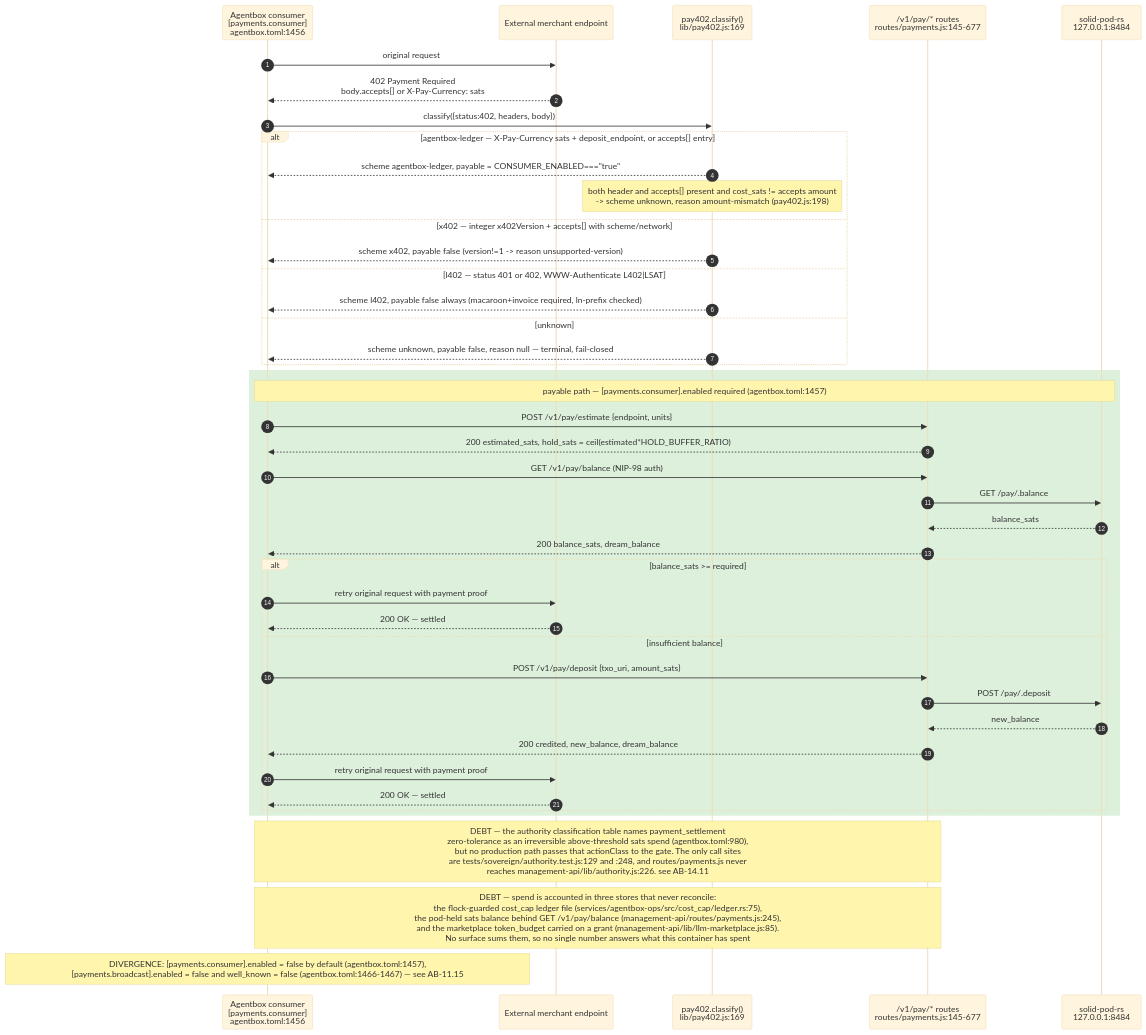
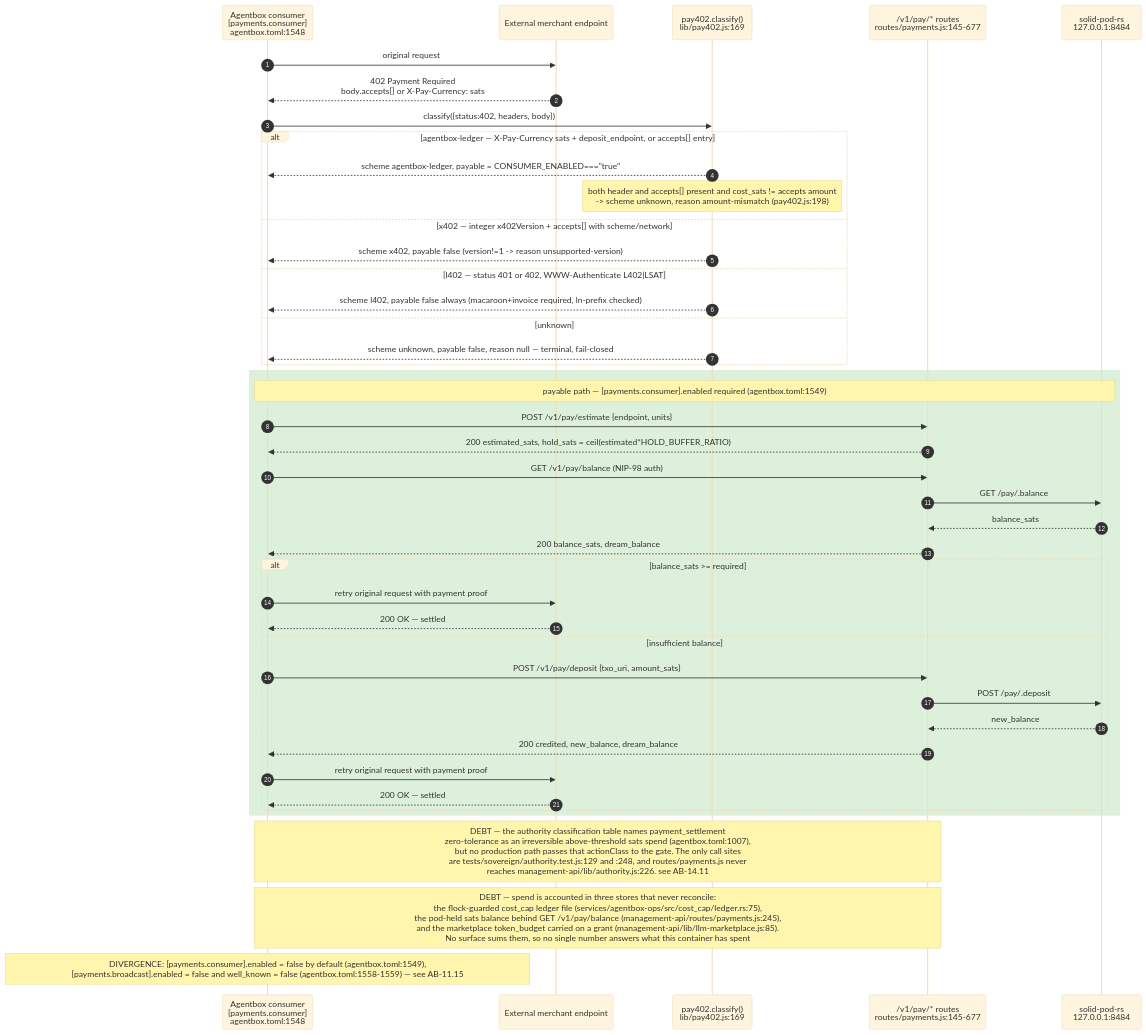
Before and after one commit to DreamLab-AI/VisionFlow: the sixth of 14 diagrams in docs/diagrams/agentbox/15-capability-gating-spend-consultants.md, drawn with Mermaid (base theme). The commit also changed other lines of this file and 94 other files, not shown here.

First line of the commit message:
docs(diagrams): re-verify 130 topics against 2 October HEADs

````diff
--- a/docs/diagrams/agentbox/15-capability-gating-spend-consultants.md
+++ b/docs/diagrams/agentbox/15-capability-gating-spend-consultants.md
@@ -285,47 +285,47 @@
 ```mermaid
 sequenceDiagram
     autonumber
-    participant Agent as Agentbox consumer<br/>[payments.consumer]<br/>agentbox.toml:1456
+    participant Agent as Agentbox consumer<br/>[payments.consumer]<br/>agentbox.toml:1548
     participant Merchant as External merchant endpoint
     participant Classify as pay402.classify()<br/>lib/pay402.js:169
     participant Pay as /v1/pay/* routes<br/>routes/payments.js:145-677
     participant Pod as solid-pod-rs<br/>127.0.0.1:8484
 
     Agent->>Merchant: original request
     Merchant-->>Agent: 402 Payment Required<br/>body.accepts[] or X-Pay-Currency: sats
     Agent->>Classify: classify({status:402, headers, body})
     alt agentbox-ledger — X-Pay-Currency sats + deposit_endpoint, or accepts[] entry
         Classify-->>Agent: scheme agentbox-ledger, payable = CONSUMER_ENABLED==="true"
         Note over Classify: both header and accepts[] present and cost_sats != accepts amount<br/>-> scheme unknown, reason amount-mismatch (pay402.js:198)
     else x402 — integer x402Version + accepts[] with scheme/network
         Classify-->>Agent: scheme x402, payable false #40;version!=1 -> reason unsupported-version#41;
     else l402 — status 401 or 402, WWW-Authenticate L402#124;LSAT
         Classify-->>Agent: scheme l402, payable false always #40;macaroon+invoice required, ln-prefix checked#41;
     else unknown
         Classify-->>Agent: scheme unknown, payable false, reason null — terminal, fail-closed
     end
 
     rect rgb(220,240,220)
-    Note over Agent,Pod: payable path — [payments.consumer].enabled required (agentbox.toml:1457)
+    Note over Agent,Pod: payable path — [payments.consumer].enabled required (agentbox.toml:1549)
     Agent->>Pay: POST /v1/pay/estimate {endpoint, units}
     Pay-->>Agent: 200 estimated_sats, hold_sats = ceil(estimated*HOLD_BUFFER_RATIO)
     Agent->>Pay: GET /v1/pay/balance (NIP-98 auth)
     Pay->>Pod: GET /pay/.balance
     Pod-->>Pay: balance_sats
     Pay-->>Agent: 200 balance_sats, dream_balance
     alt balance_sats #62;#61; required
         Agent->>Merchant: retry original request with payment proof
         Merchant-->>Agent: 200 OK — settled
     else insufficient balance
         Agent->>Pay: POST /v1/pay/deposit {txo_uri, amount_sats}
         Pay->>Pod: POST /pay/.deposit
         Pod-->>Pay: new_balance
         Pay-->>Agent: 200 credited, new_balance, dream_balance
         Agent->>Merchant: retry original request with payment proof
         Merchant-->>Agent: 200 OK — settled
     end
     end
-    Note over Agent,Pay: DEBT — the authority classification table names payment_settlement<br/>zero-tolerance as an irreversible above-threshold sats spend (agentbox.toml:980),<br/>but no production path passes that actionClass to the gate. The only call sites<br/>are tests/sovereign/authority.test.js:129 and :248, and routes/payments.js never<br/>reaches management-api/lib/authority.js:226. see AB-14.11
+    Note over Agent,Pay: DEBT — the authority classification table names payment_settlement<br/>zero-tolerance as an irreversible above-threshold sats spend (agentbox.toml:1007),<br/>but no production path passes that actionClass to the gate. The only call sites<br/>are tests/sovereign/authority.test.js:129 and :248, and routes/payments.js never<br/>reaches management-api/lib/authority.js:226. see AB-14.11
     Note over Agent,Pay: DEBT — spend is accounted in three stores that never reconcile:<br/>the flock-guarded cost_cap ledger file (services/agentbox-ops/src/cost_cap/ledger.rs:75),<br/>the pod-held sats balance behind GET /v1/pay/balance (management-api/routes/payments.js:245),<br/>and the marketplace token_budget carried on a grant (management-api/lib/llm-marketplace.js:85).<br/>No surface sums them, so no single number answers what this container has spent
-    Note over Agent: DIVERGENCE: #91;payments.consumer#93;.enabled = false by default #40;agentbox.toml:1457#41;,<br/>#91;payments.broadcast#93;.enabled = false and well_known = false #40;agentbox.toml:1466-1467#41; — see AB-11.15
+    Note over Agent: DIVERGENCE: #91;payments.consumer#93;.enabled = false by default #40;agentbox.toml:1549#41;,<br/>#91;payments.broadcast#93;.enabled = false and well_known = false #40;agentbox.toml:1558-1559#41; — see AB-11.15
 ```
````
